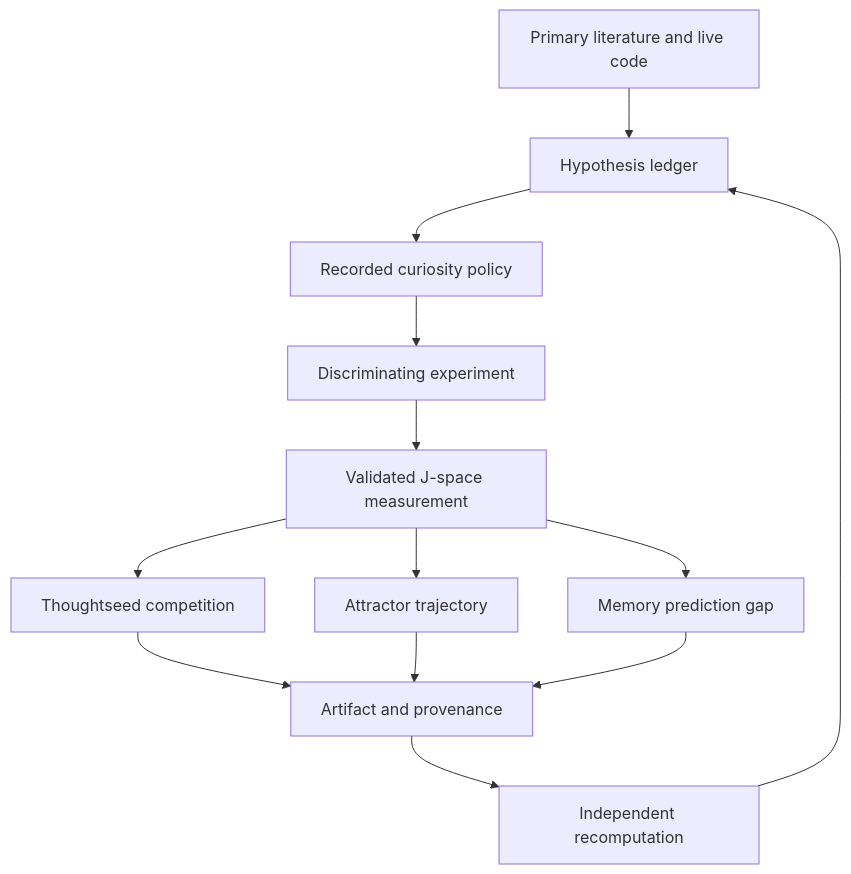
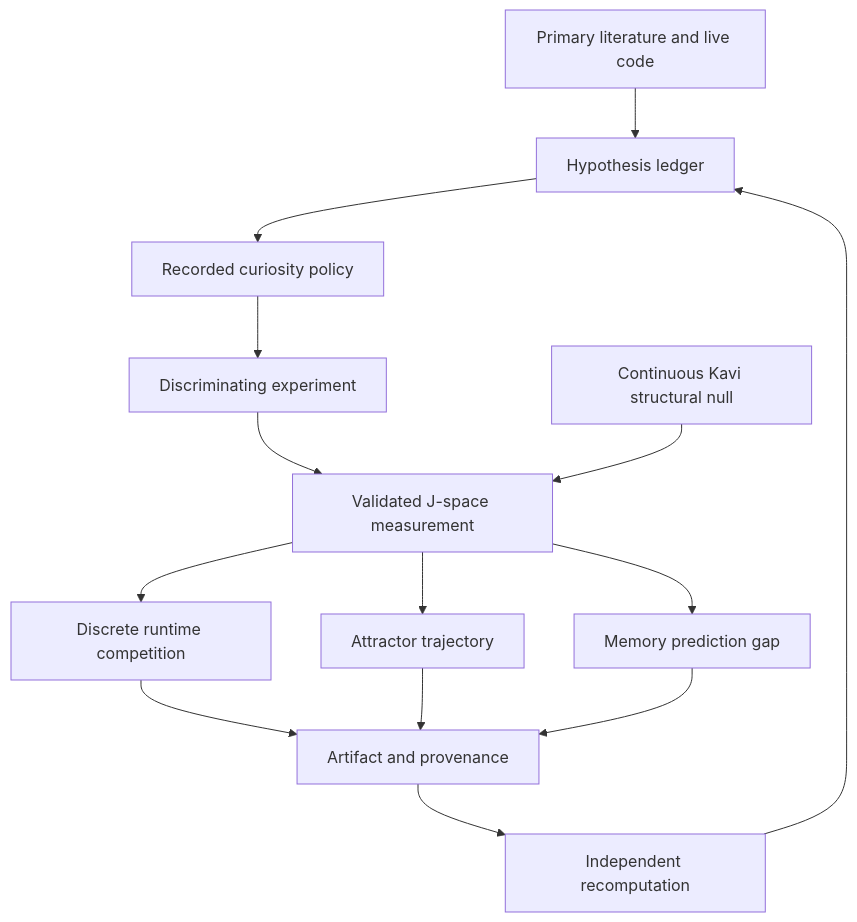
The diagram in docs/wiki/Thoughtseeds-IWMT-and-the-J-space-Research-Horizon.md (bionicbutterfly13/Daedalus), drawn with Mermaid before and after one commit. The commit also changed other lines of this file and 162 other files, not shown here.

````diff
--- a/docs/wiki/Thoughtseeds-IWMT-and-the-J-space-Research-Horizon.md
+++ b/docs/wiki/Thoughtseeds-IWMT-and-the-J-space-Research-Horizon.md
@@ -426,15 +446,16 @@
 ```mermaid
 flowchart TD
     L[Primary literature and live code] --> H[Hypothesis ledger]
     H --> C[Recorded curiosity policy]
     C --> E[Discriminating experiment]
     E --> J[Validated J-space measurement]
-    J --> T[Thoughtseed competition]
+    J --> T[Discrete runtime competition]
+    K[Continuous Kavi structural null] --> J
     J --> B[Attractor trajectory]
     J --> N[Memory prediction gap]
     T --> A[Artifact and provenance]
     B --> A
     N --> A
     A --> R[Independent recomputation]
     R --> H
 ```
````
